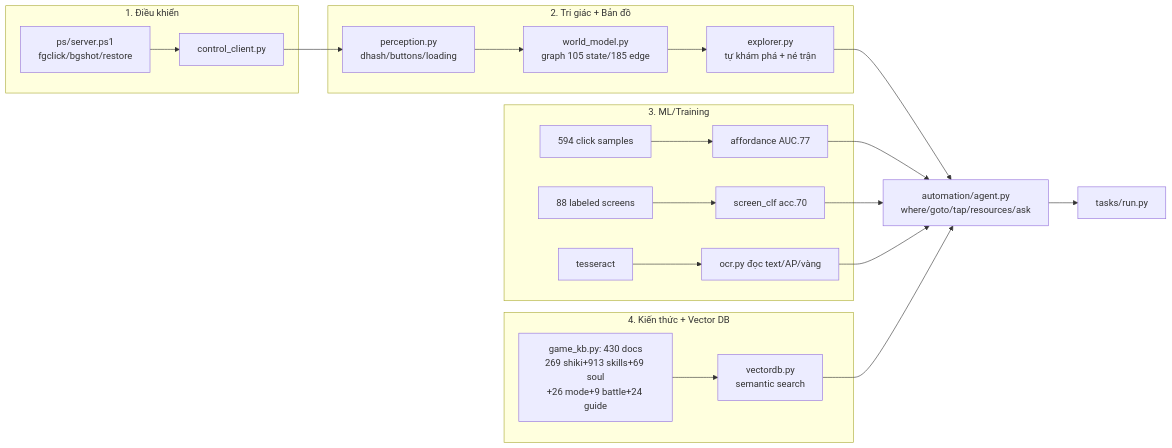
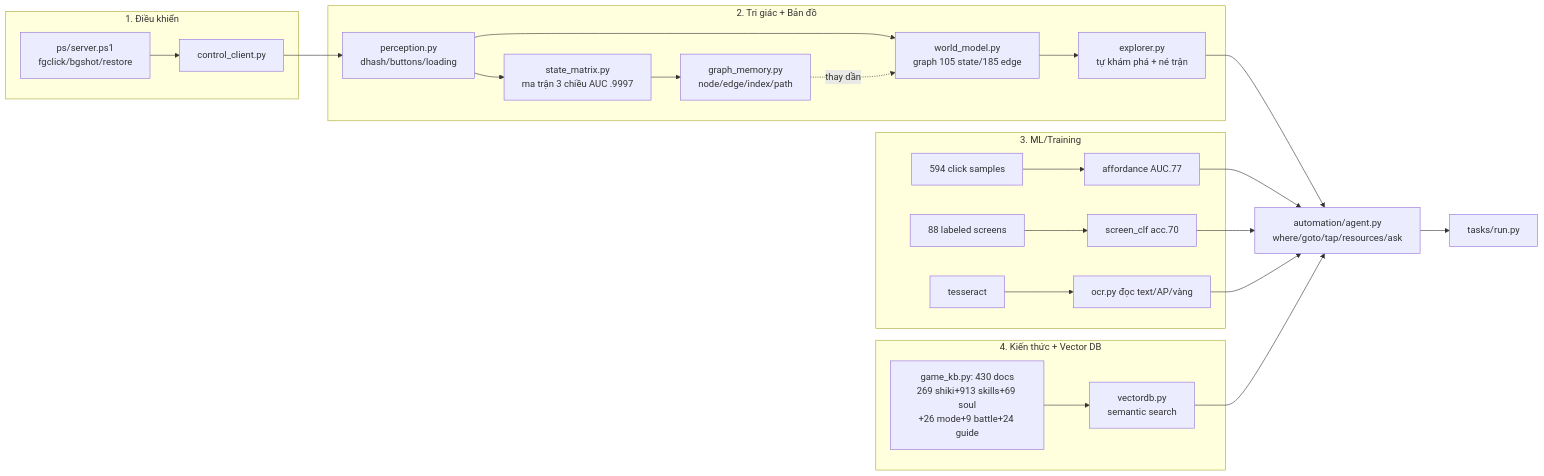
The diagram in SYSTEM.md (vietgs03/onmyoji-bot), drawn with Mermaid before and after one commit. The commit also changed other lines of this file, not shown here.

Commit message:
docs(system): cap nhat so do (state_matrix + graph_memory) + viec phien live toi

````diff
--- a/SYSTEM.md
+++ b/SYSTEM.md
@@ -7,25 +7,28 @@
 ```mermaid
 graph LR
     subgraph CTRL[1. Điều khiển]
         SRV[ps/server.ps1<br/>fgclick/bgshot/restore] --> CC[control_client.py]
     end
     subgraph PERCEPT[2. Tri giác + Bản đồ]
         CC --> P[perception.py<br/>dhash/buttons/loading]
+        P --> SM[state_matrix.py<br/>ma trận 3 chiều AUC .9997]
+        SM --> GM[graph_memory.py<br/>node/edge/index/path]
         P --> WM[world_model.py<br/>graph 105 state/185 edge]
         WM --> EXP[explorer.py<br/>tự khám phá + né trận]
+        GM -.thay dần.-> WM
     end
     subgraph ML[3. ML/Training]
         OBS[594 click samples] --> AFF[affordance AUC.77]
         IMG[88 labeled screens] --> SCLF[screen_clf acc.70]
         TES[tesseract] --> OCR[ocr.py đọc text/AP/vàng]
     end
     subgraph KNOW[4. Kiến thức + Vector DB]
         KB[game_kb.py: 430 docs<br/>269 shiki+913 skills+69 soul<br/>+26 mode+9 battle+24 guide] --> VDB[vectordb.py<br/>semantic search]
     end
     EXP --> AGENT[automation/agent.py<br/>where/goto/tap/resources/ask]
     AFF --> AGENT
     SCLF --> AGENT
     OCR --> AGENT
     VDB --> AGENT
     AGENT --> TASKS[tasks/run.py]
 ```
````
